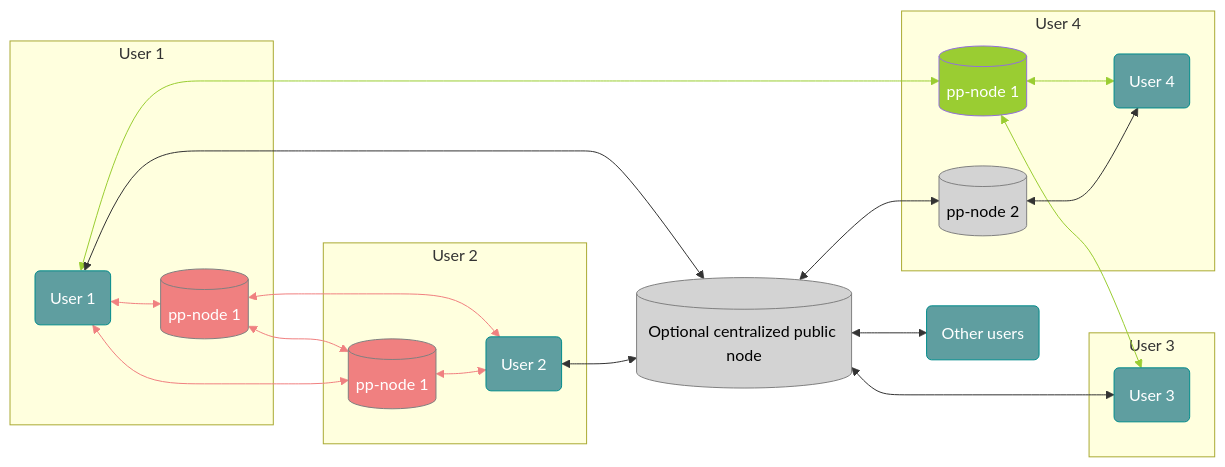
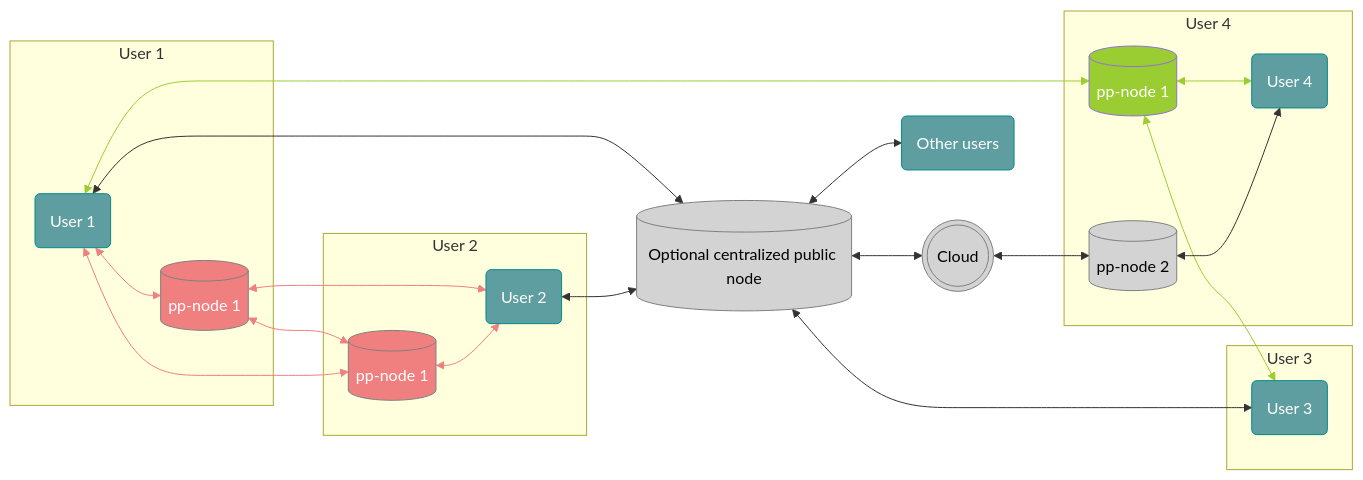
Before and after one commit to people-post/pp-main: the first of 2 diagrams in README.md, drawn with Mermaid.

````diff
--- a/README.md
+++ b/README.md
@@ -6,47 +6,48 @@
 ```mermaid
 graph LR
 
 subgraph "User 1"
 USER_1(User 1):::User <--> DB_11[(pp-node 1)]:::Private1
 end
 
 DB_11 <--> DB_21[(pp-node 1)]:::Private1
 USER_1 <--> DB_21
 DB_11 <--> USER_2(User 2):::User
 
 subgraph "User 2"
 DB_21 <--> USER_2
 end
 
 USER_1 <--> DB_41[(pp-node 1)]:::Private2
 DB_41 <--> USER_3(User 3):::User
 
 USER_1 <--> DB_PUBLIC[(Optional centralized public node)]:::Public
 USER_2 <--> DB_PUBLIC
 DB_PUBLIC <--> USER_3
-DB_PUBLIC <--> DB_42[(pp-node 2)]:::Public
+CLOUD(((Cloud))):::Public <--> DB_42[(pp-node 2)]:::Public
 
 subgraph "User 3"
 USER_3
 end
 
 subgraph "User 4"
 DB_41 <--> USER_4(User 4):::User
 DB_42 <--> USER_4
 end
 
 DB_PUBLIC <--> USER_N(Other users):::User
+DB_PUBLIC <--> CLOUD
 
 linkStyle 0 stroke:lightcoral;
 linkStyle 1 stroke:lightcoral;
 linkStyle 2 stroke:lightcoral;
 linkStyle 3 stroke:lightcoral;
 linkStyle 4 stroke:lightcoral;
 linkStyle 5 stroke:yellowgreen;
 linkStyle 6 stroke:yellowgreen;
 linkStyle 11 stroke:yellowgreen;
 classDef Private1 fill:LightCoral,color:White,stroke:Gray
 classDef Private2 fill:yellowgreen,color:White
 classDef Public fill:LightGray,color:Black,stroke:Gray
 classDef User fill:CadetBlue,color:white,stroke:DarkCyan
 ```
````
